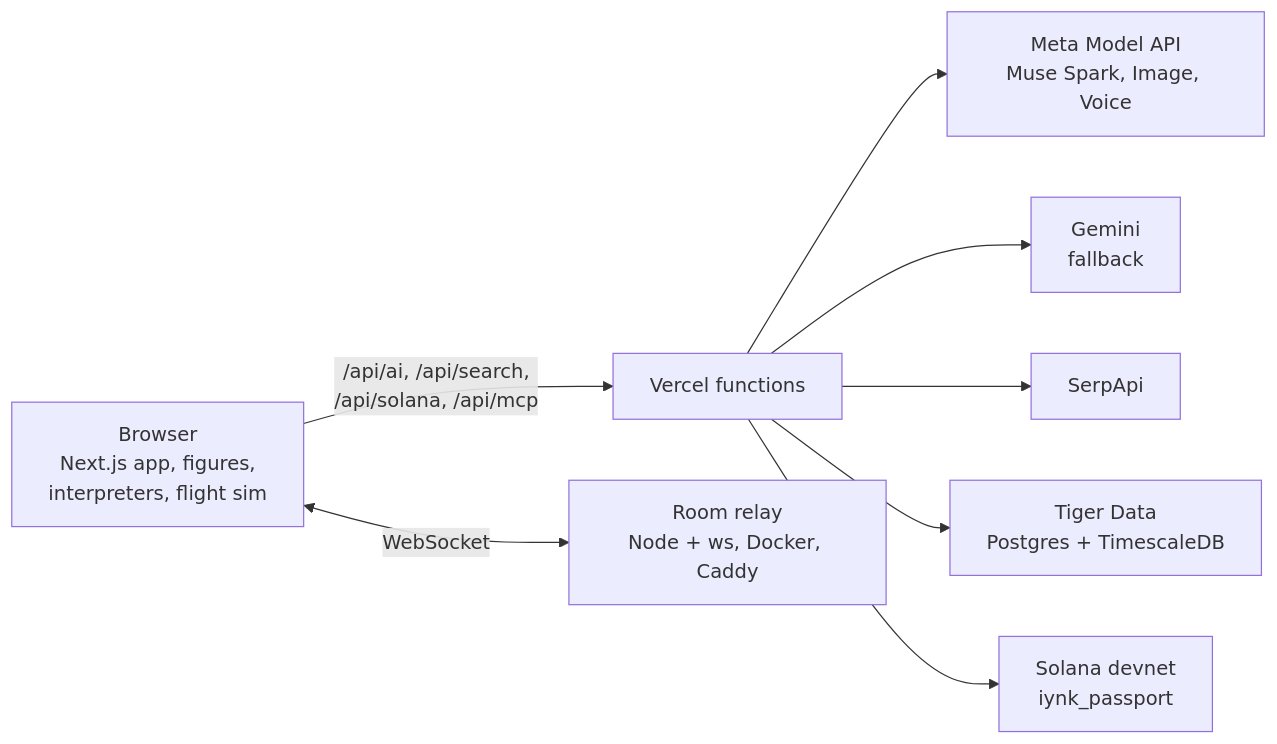
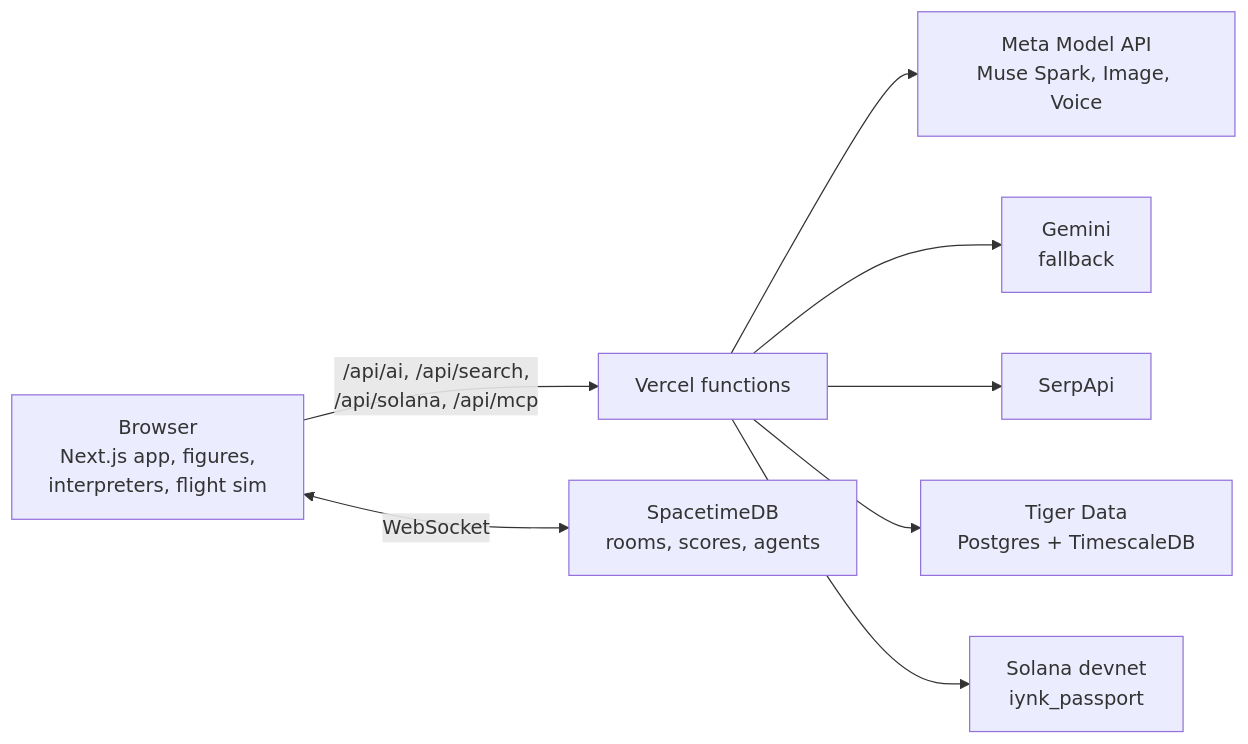
Before and after one commit to kushwahaamar-dev/utd: the diagram in README.md, drawn with Mermaid. The commit also changed other lines of this file and 57 other files, not shown here.

Commit message:
Rooms run on SpacetimeDB; the WebSocket relay, its deploy files and the translate route are gone

````diff
--- a/README.md
+++ b/README.md
@@ -74,10 +74,10 @@
 ```mermaid
 flowchart LR
   B["Browser<br/>Next.js app, figures,<br/>interpreters, flight sim"] -->|"/api/ai, /api/search,<br/>/api/solana, /api/mcp"| V["Vercel functions"]
-  B <-->|WebSocket| R["Room relay<br/>Node + ws, Docker, Caddy"]
+  B <-->|WebSocket| R["SpacetimeDB<br/>rooms, scores, agents"]
   V --> M["Meta Model API<br/>Muse Spark, Image, Voice"]
   V --> G["Gemini<br/>fallback"]
   V --> S["SerpApi"]
   V --> T["Tiger Data<br/>Postgres + TimescaleDB"]
   V --> SOL["Solana devnet<br/>iynk_passport"]
 ```
````
